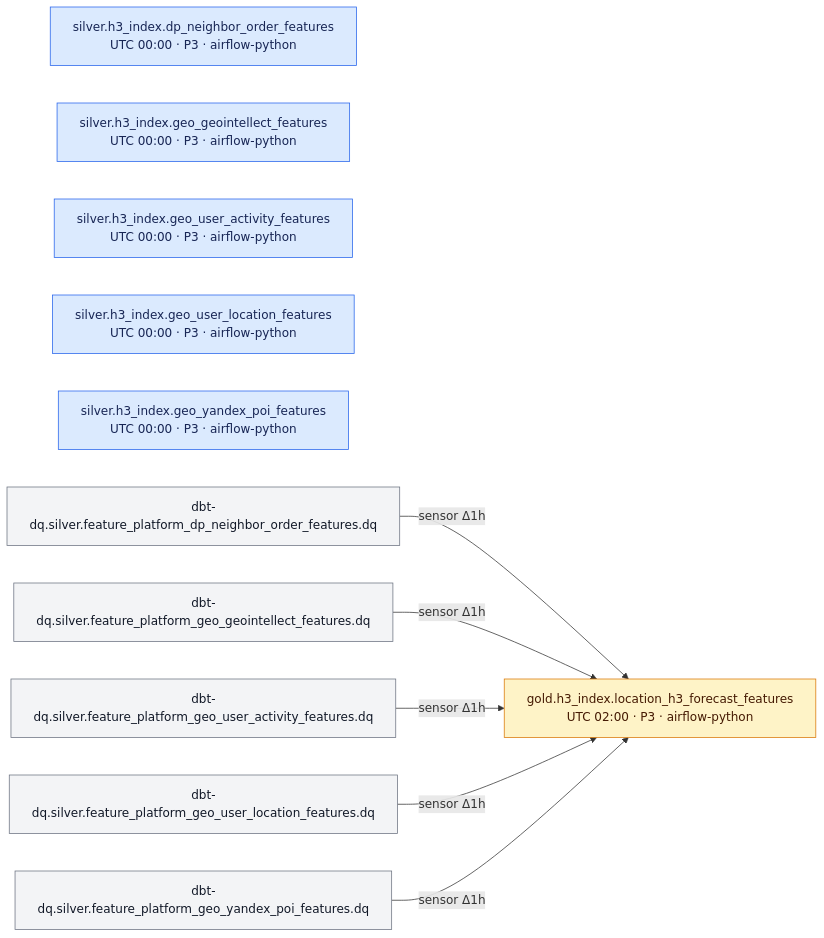
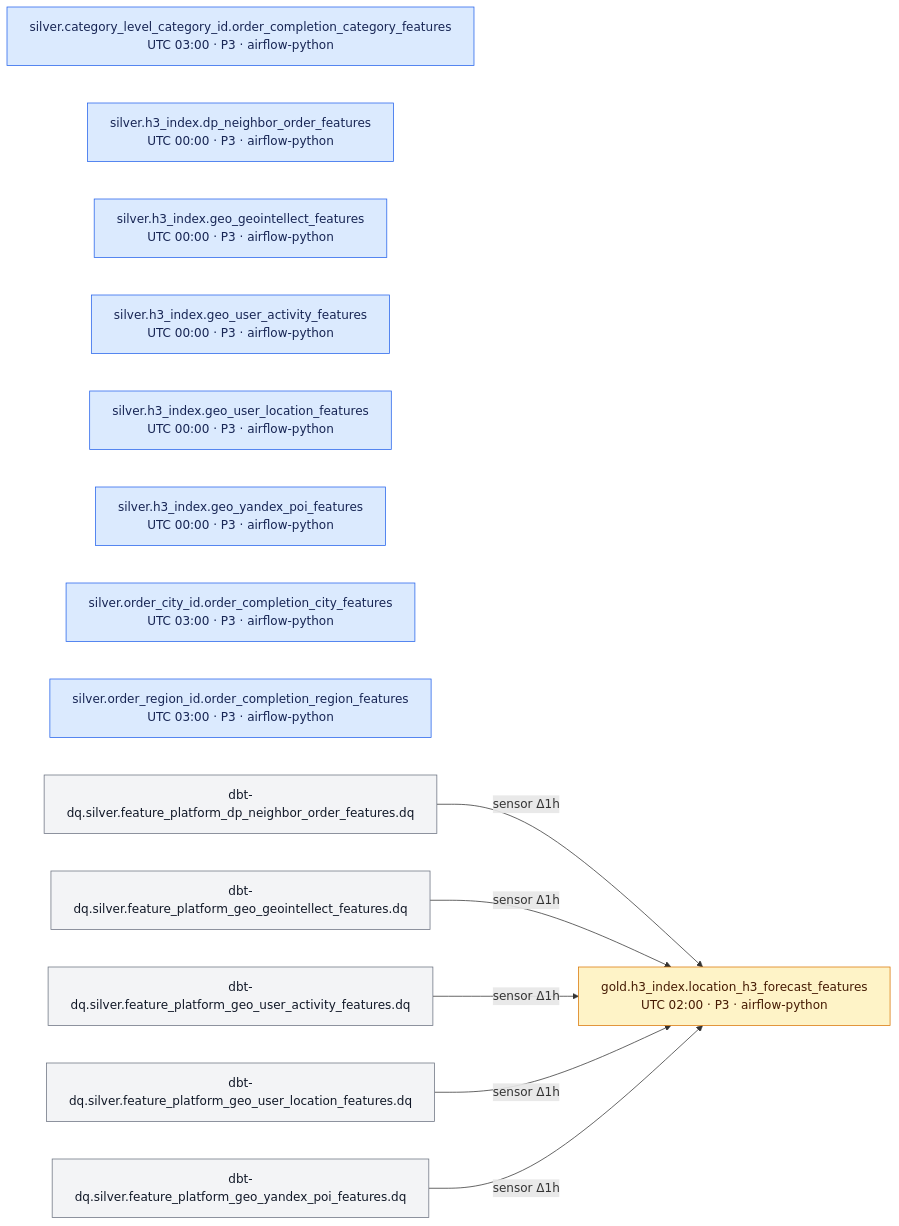
One commit to DayMarket/ml-feature-platform changed the third of 6 diagrams in docs/feature_platform_map.md. Above: the diagram before and after it, drawn with Mermaid. The commit also changed other lines of this file and 3 other files, not shown here.

````diff
--- a/docs/feature_platform_map.md
+++ b/docs/feature_platform_map.md
@@ -104,28 +104,31 @@
 ```mermaid
 %%{init: {"flowchart": {"wrappingWidth": 360}}}%%
 flowchart LR
     d0["gold.h3_index.location_h3_forecast_features<br/>UTC 02:00 · P3 · airflow-python"]
-    d1["silver.h3_index.dp_neighbor_order_features<br/>UTC 00:00 · P3 · airflow-python"]
-    d2["silver.h3_index.geo_geointellect_features<br/>UTC 00:00 · P3 · airflow-python"]
-    d3["silver.h3_index.geo_user_activity_features<br/>UTC 00:00 · P3 · airflow-python"]
-    d4["silver.h3_index.geo_user_location_features<br/>UTC 00:00 · P3 · airflow-python"]
-    d5["silver.h3_index.geo_yandex_poi_features<br/>UTC 00:00 · P3 · airflow-python"]
+    d1["silver.category_level_category_id.order_completion_category_features<br/>UTC 03:00 · P3 · airflow-python"]
+    d2["silver.h3_index.dp_neighbor_order_features<br/>UTC 00:00 · P3 · airflow-python"]
+    d3["silver.h3_index.geo_geointellect_features<br/>UTC 00:00 · P3 · airflow-python"]
+    d4["silver.h3_index.geo_user_activity_features<br/>UTC 00:00 · P3 · airflow-python"]
+    d5["silver.h3_index.geo_user_location_features<br/>UTC 00:00 · P3 · airflow-python"]
+    d6["silver.h3_index.geo_yandex_poi_features<br/>UTC 00:00 · P3 · airflow-python"]
+    d7["silver.order_city_id.order_completion_city_features<br/>UTC 03:00 · P3 · airflow-python"]
+    d8["silver.order_region_id.order_completion_region_features<br/>UTC 03:00 · P3 · airflow-python"]
     x0["dbt-dq.silver.feature_platform_dp_neighbor_order_features.dq"]
     x1["dbt-dq.silver.feature_platform_geo_geointellect_features.dq"]
     x2["dbt-dq.silver.feature_platform_geo_user_activity_features.dq"]
     x3["dbt-dq.silver.feature_platform_geo_user_location_features.dq"]
     x4["dbt-dq.silver.feature_platform_geo_yandex_poi_features.dq"]
     x0 -->|"sensor Δ1h"| d0
     x1 -->|"sensor Δ1h"| d0
     x2 -->|"sensor Δ1h"| d0
     x3 -->|"sensor Δ1h"| d0
     x4 -->|"sensor Δ1h"| d0
-    class d1,d2,d3,d4,d5 silver
+    class d1,d2,d3,d4,d5,d6,d7,d8 silver
     class d0 gold
     class x0,x1,x2,x3,x4 external
     classDef silver fill:#dbeafe,stroke:#2563eb,color:#172554
     classDef gold fill:#fef3c7,stroke:#d97706,color:#451a03
     classDef datasets fill:#dcfce7,stroke:#16a34a,color:#052e16
     classDef upload fill:#f3e8ff,stroke:#9333ea,color:#3b0764
     classDef external fill:#f3f4f6,stroke:#6b7280,color:#111827
 ```
````
